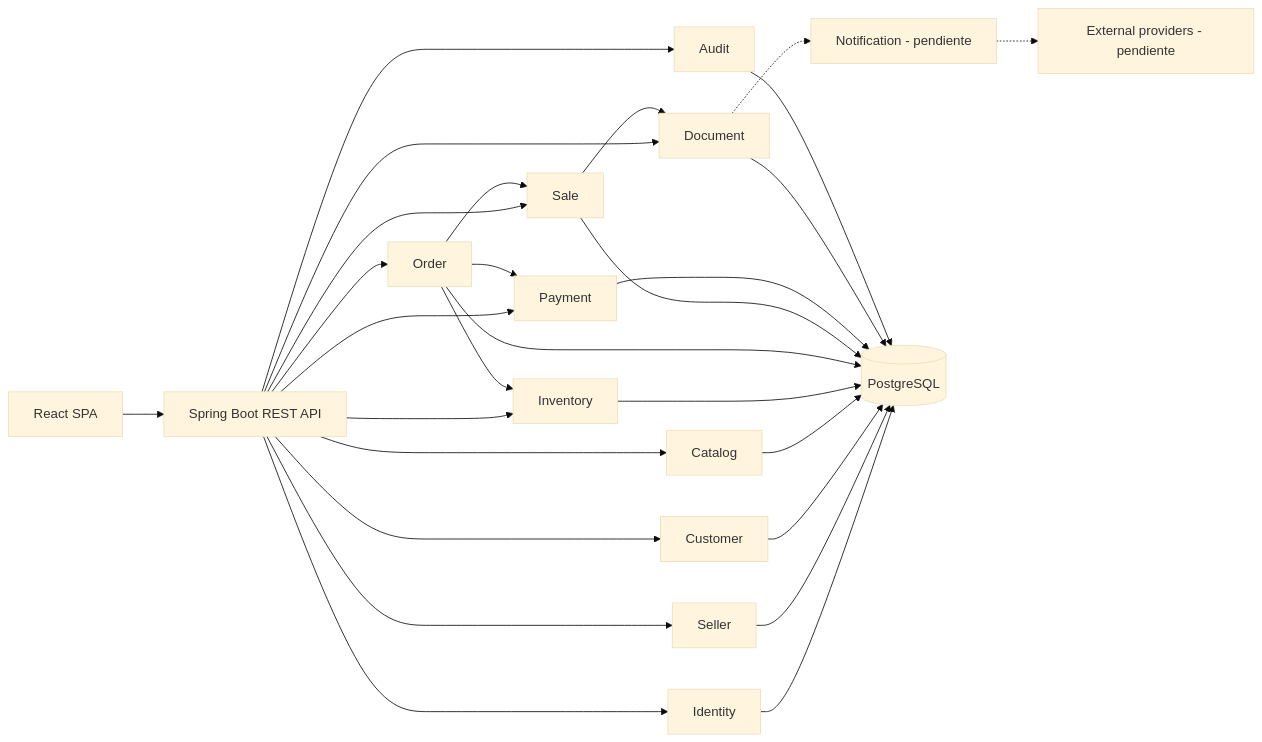
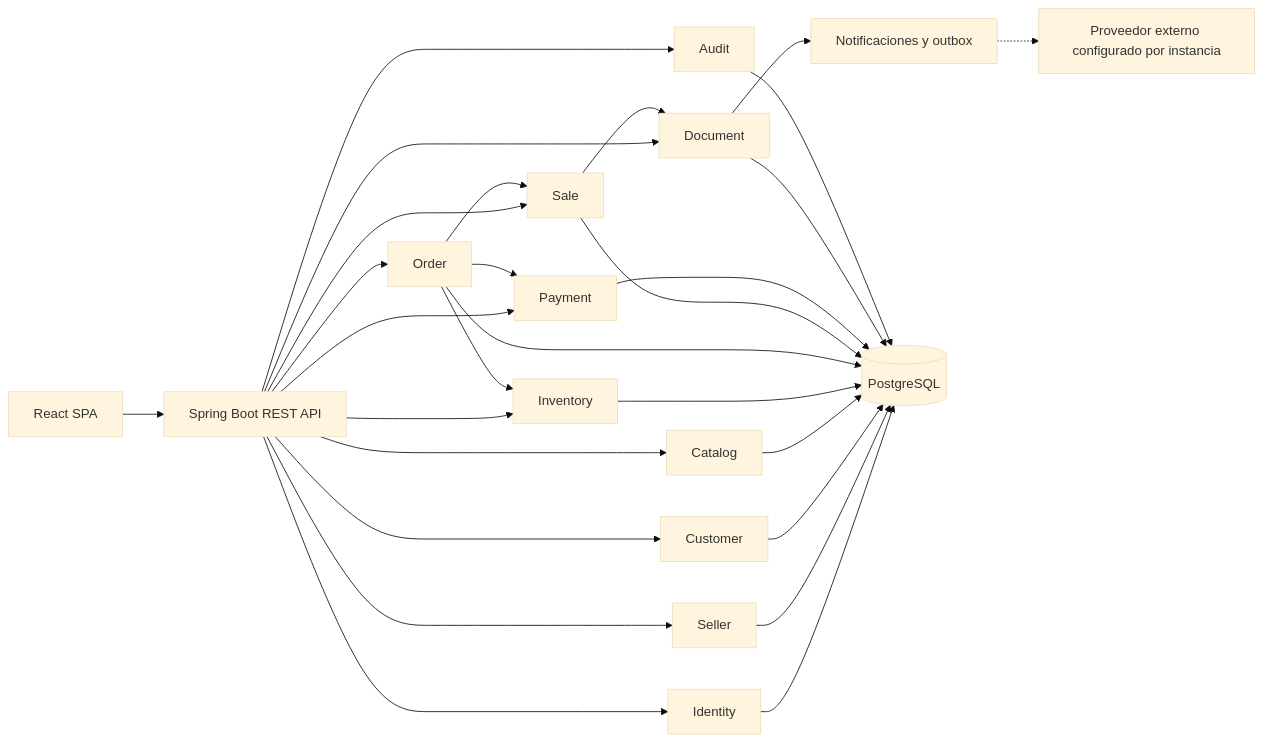
Before and after one commit to Martinrc93/distribuidoraCore: the first of 2 diagrams in docs/architecture/overview.md, drawn with Mermaid (base theme). The commit also changed other lines of this file and 29 other files, not shown here.

Commit message:
docs: synchronize architecture, guides and remediation roadmap

````diff
--- a/docs/architecture/overview.md
+++ b/docs/architecture/overview.md
@@ -15,32 +15,32 @@
 ```mermaid
 flowchart LR
     FE[React SPA] --> API[Spring Boot REST API]
     API --> ID[Identity]
     API --> SEL[Seller]
     API --> CUS[Customer]
     API --> CAT[Catalog]
     API --> INV[Inventory]
     API --> ORD[Order]
     API --> SAL[Sale]
     API --> PAY[Payment]
     API --> DOC[Document]
     API --> AUD[Audit]
 
     ORD --> INV
     ORD --> SAL
     ORD --> PAY
     SAL --> DOC
-    DOC -.-> NOTIF[Notification - pendiente]
-    NOTIF -.-> EXT[External providers - pendiente]
+    DOC --> NOTIF[Notificaciones y outbox]
+    NOTIF -.-> EXT[Proveedor externo configurado por instancia]
 
     ID --> DB[(PostgreSQL)]
     SEL --> DB
     CUS --> DB
     CAT --> DB
     INV --> DB
     ORD --> DB
     SAL --> DB
     PAY --> DB
     DOC --> DB
     AUD --> DB
 ```
````
